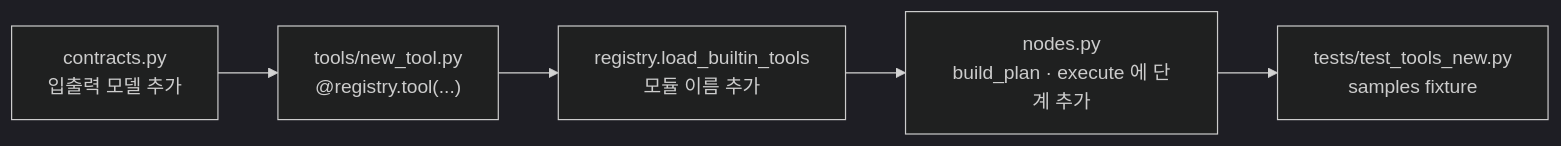
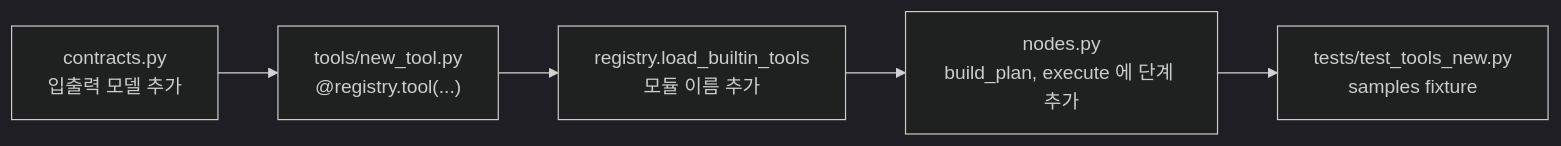
Before and after one commit to bnbong/Astrowatch: the third of 3 diagrams in docs/TOOL_SPEC.md, drawn with Mermaid (dark theme). The commit also changed other lines of this file and 99 other files, not shown here.

````diff
--- a/docs/TOOL_SPEC.md
+++ b/docs/TOOL_SPEC.md
@@ -267,7 +270,7 @@
 ```mermaid
 flowchart LR
   A[contracts.py<br/>입출력 모델 추가] --> B["tools/new_tool.py<br/>@registry.tool(...)"]
   B --> C[registry.load_builtin_tools<br/>모듈 이름 추가]
-  C --> D[nodes.py<br/>build_plan · execute 에 단계 추가]
+  C --> D[nodes.py<br/>build_plan, execute 에 단계 추가]
   D --> E[tests/test_tools_new.py<br/>samples fixture]
 ```
````
